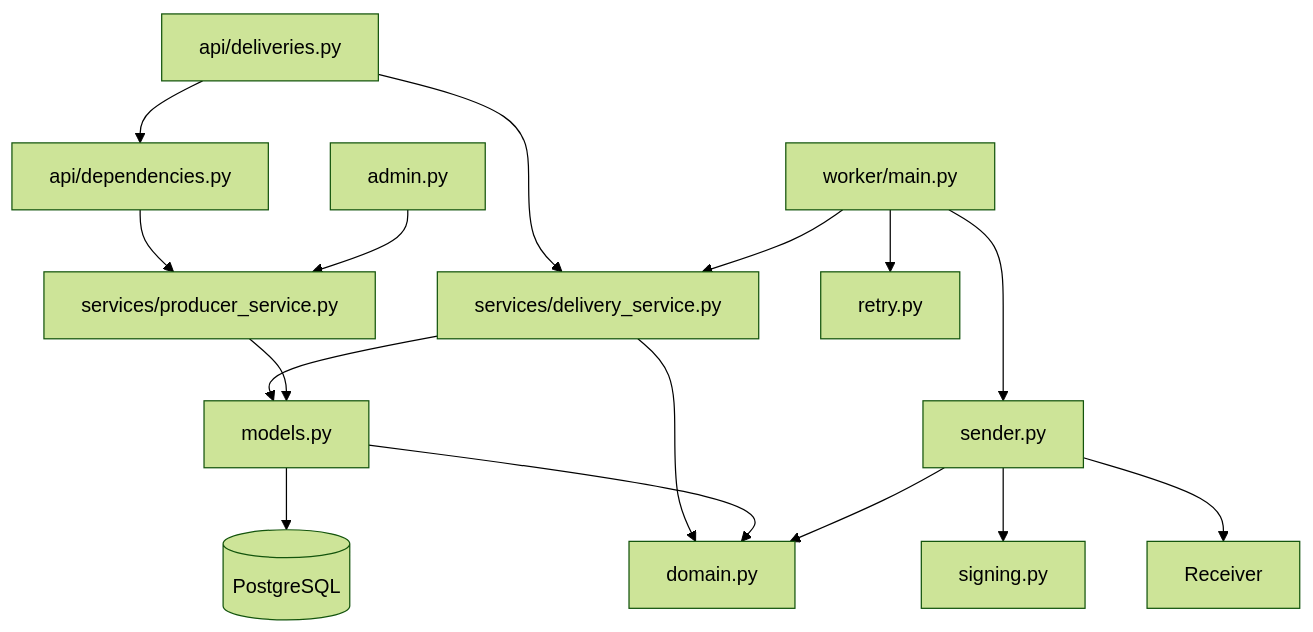
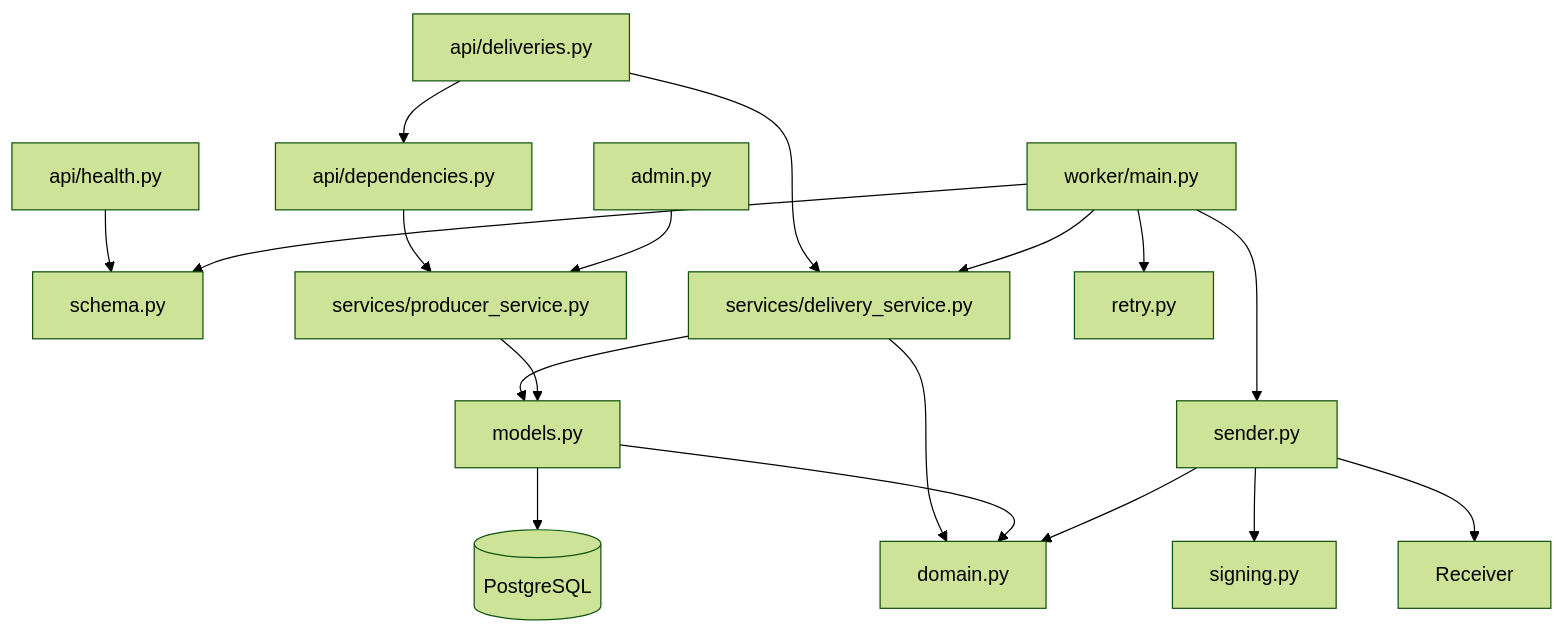
One commit to DucAnhLe1992/webhook-delivery-service changed the second of 9 diagrams in ARCHITECTURE.md. Above: the diagram before and after it, drawn with Mermaid (forest theme). The commit also changed other lines of this file and 22 other files, not shown here.

````diff
--- a/ARCHITECTURE.md
+++ b/ARCHITECTURE.md
@@ -79,18 +81,20 @@
 ```mermaid
 flowchart TD
     API[api/deliveries.py] --> DEP[api/dependencies.py]
+    HLT[api/health.py] --> SCH[schema.py]
+    WRK[worker/main.py] --> SCH
     DEP --> PRD[services/producer_service.py]
     ADM[admin.py] --> PRD
     API --> SVC[services/delivery_service.py]
     WRK[worker/main.py] --> SVC
     WRK --> SND[sender.py]
     WRK --> RTY[retry.py]
     SND --> SIG[signing.py]
     SVC --> MOD[models.py]
     PRD --> MOD
     MOD --> DB[(PostgreSQL)]
     SND --> RCV[Receiver]
     SVC --> DOM[domain.py]
     MOD --> DOM
     SND --> DOM
 ```
````
